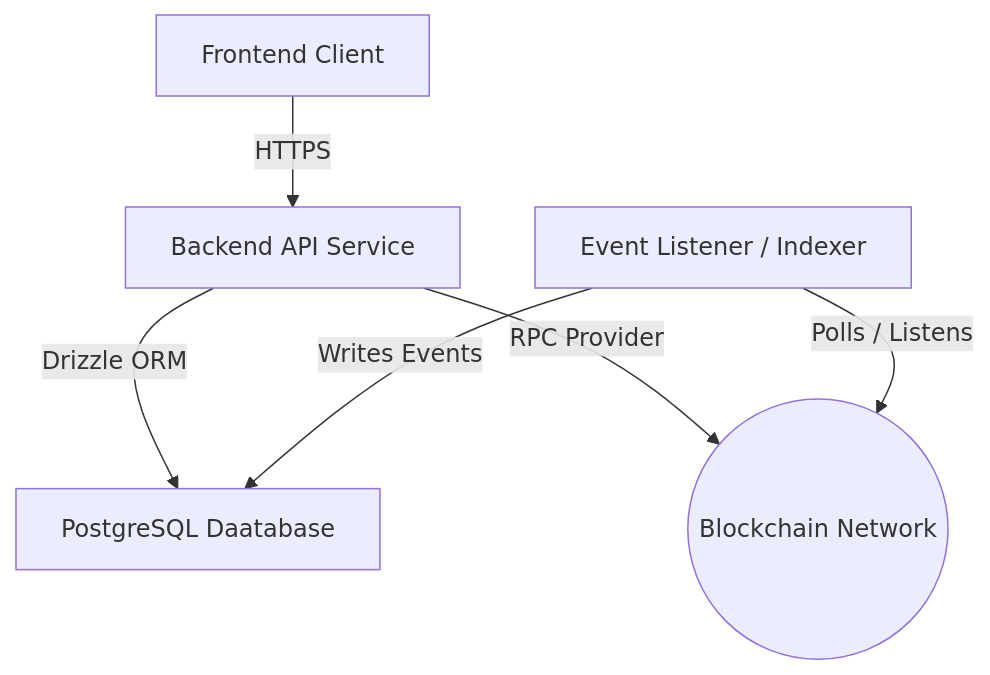
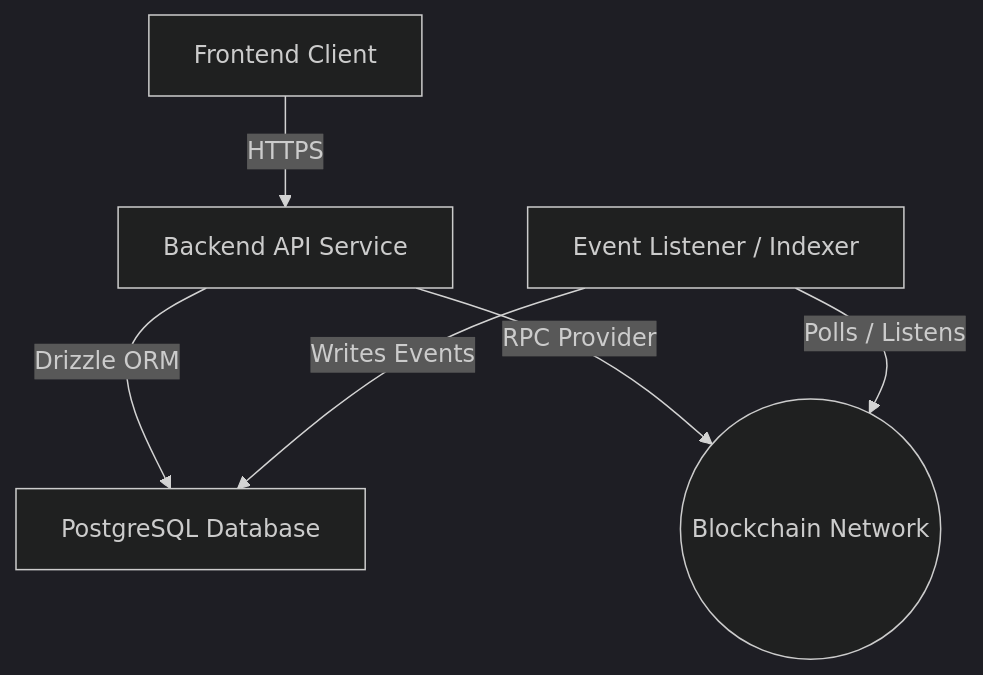
Before and after one commit to hyperstack-labs/byreixwift: the first of 2 diagrams in docs/BACKEND_ARCHITECTURE.md, drawn with Mermaid. The commit also changed other lines of this file and 33 other files, not shown here.

````diff
--- a/docs/BACKEND_ARCHITECTURE.md
+++ b/docs/BACKEND_ARCHITECTURE.md
@@ -12,8 +11,9 @@
-```mermaid 
-   graph TD
+```mermaid
+%%{init: {'theme': 'dark'}}%%
+graph TD
    Client[Frontend Client] --> |HTTPS| API[Backend API Service]
-   API --> |Drizzle ORM| DB[PostgreSQL Daatabase]
+   API --> |Drizzle ORM| DB[PostgreSQL Database]
    API --> |RPC Provider| Blockchain((Blockchain Network))
    Worker[Event Listener / Indexer] -->|Polls / Listens| Blockchain
    Worker -->|Writes Events| DB
 ```
````
